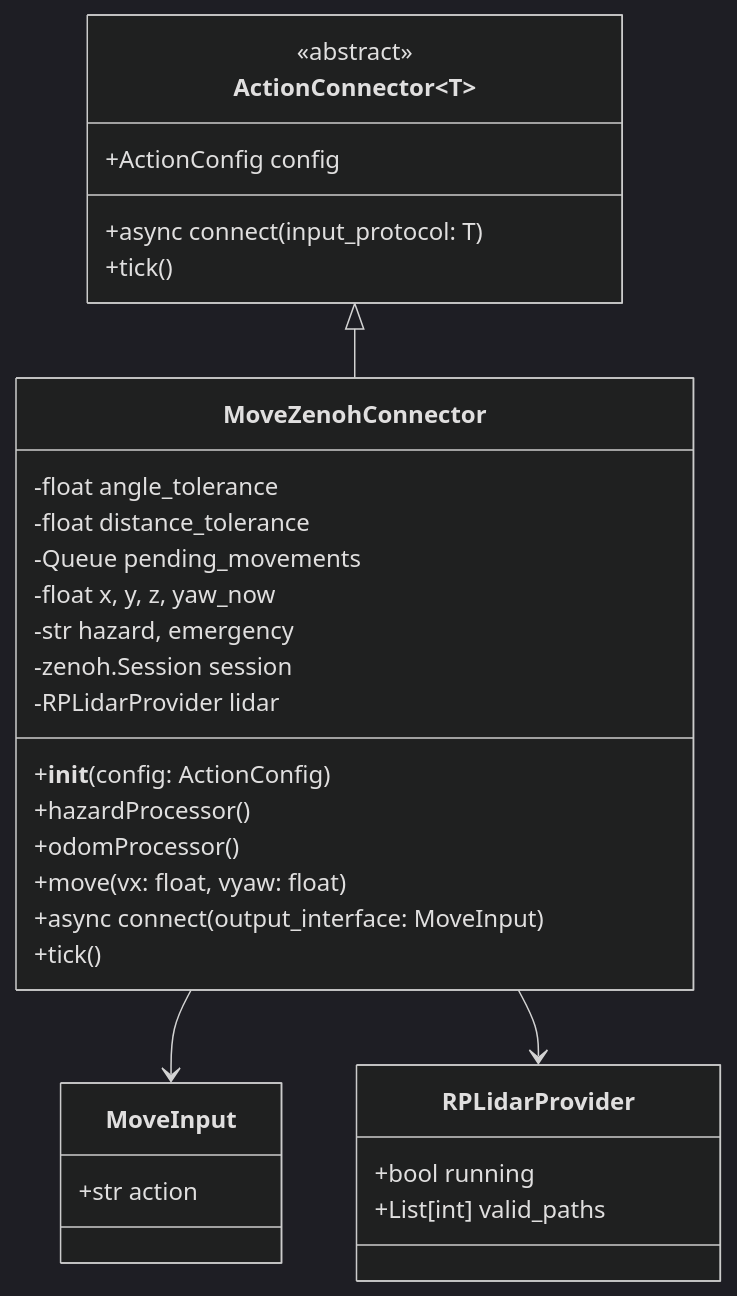
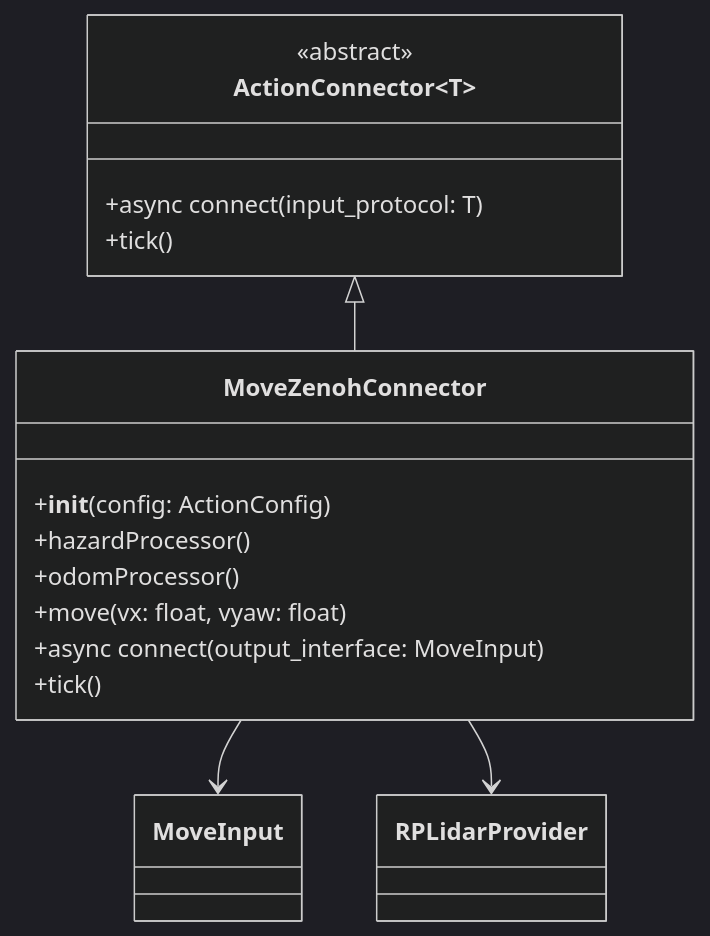
One commit to gizdusum/OM1 changed the first of 2 diagrams in docs/action-plugin/movement-zenoh.mdx. Above: the diagram before and after it, drawn with Mermaid (dark theme). The commit also changed other lines of this file and 8 other files, not shown here.

Commit message:
remove types and attributes but keep methods for class diagram

````diff
--- a/docs/action-plugin/movement-zenoh.mdx
+++ b/docs/action-plugin/movement-zenoh.mdx
@@ -13,38 +14,27 @@
 ```mermaid
 classDiagram
     class ActionConnector~T~ {
         <<abstract>>
-        +ActionConfig config
         +async connect(input_protocol: T)
         +tick()
     }
 
     class MoveInput {
-        +str action
     }
 
     class MoveZenohConnector {
-        -float angle_tolerance
-        -float distance_tolerance
-        -Queue pending_movements
-        -float x, y, z, yaw_now
-        -str hazard, emergency
-        -zenoh.Session session
-        -RPLidarProvider lidar
         +__init__(config: ActionConfig)
         +hazardProcessor()
         +odomProcessor()
         +move(vx: float, vyaw: float)
         +async connect(output_interface: MoveInput)
         +tick()
     }
 
     class RPLidarProvider {
-        +bool running
-        +List[int] valid_paths
     }
 
     ActionConnector <|-- MoveZenohConnector
     MoveZenohConnector --> MoveInput
     MoveZenohConnector --> RPLidarProvider
 ```
````
